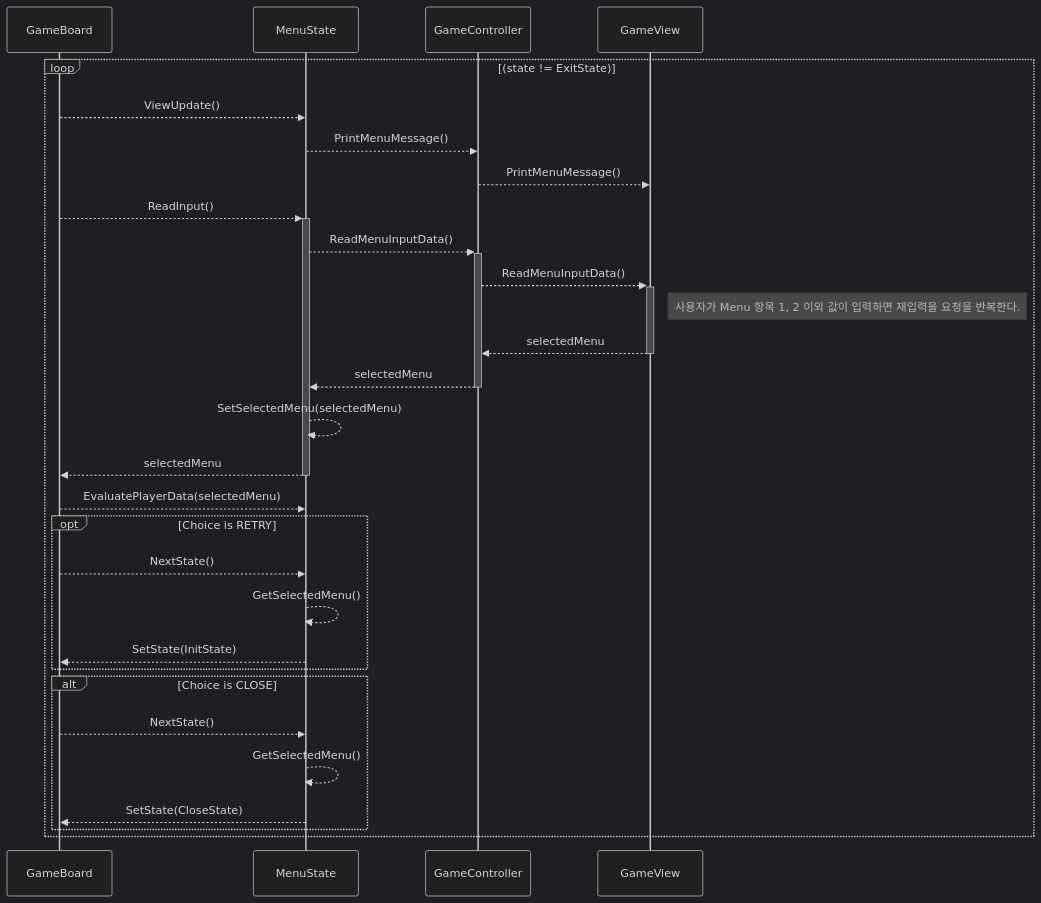
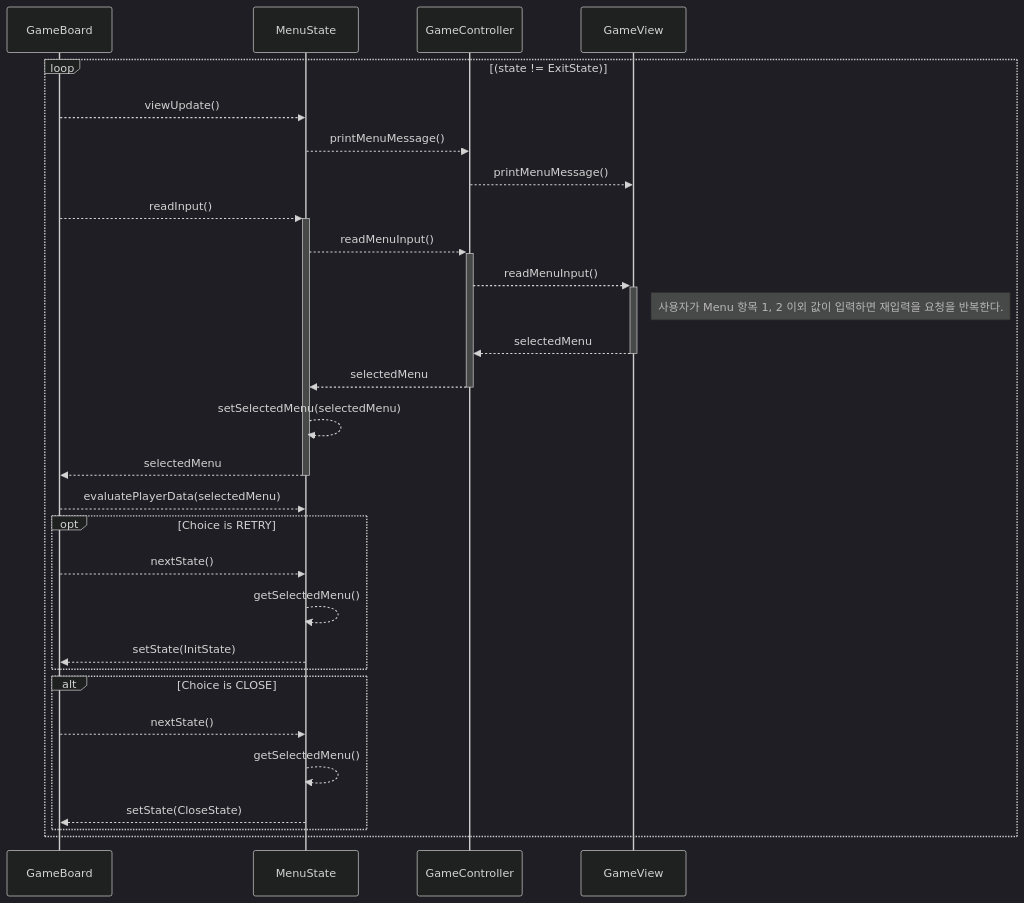
The sixth of 7 diagrams in docs/sequence_diagram.md (digiry/java-baseball-precourse), drawn with Mermaid (dark theme) before and after one commit. The commit also changed other lines of this file and 1 other file, not shown here.

````diff
--- a/docs/sequence_diagram.md
+++ b/docs/sequence_diagram.md
@@ -194,36 +194,36 @@
 ```mermaid
 sequenceDiagram
     participant GameBoard
     participant MenuState
     participant GameController
     participant GameView
 
     loop (state != ExitState)
-        GameBoard -->> MenuState: ViewUpdate()
-        MenuState -->> GameController: PrintMenuMessage()
-        GameController -->> GameView: PrintMenuMessage()
+        GameBoard -->> MenuState: viewUpdate()
+        MenuState -->> GameController: printMenuMessage()
+        GameController -->> GameView: printMenuMessage()
 
-        GameBoard -->>+ MenuState: ReadInput()
-        MenuState -->>+ GameController: ReadMenuInputData()
-        GameController -->>+ GameView: ReadMenuInputData()
+        GameBoard -->>+ MenuState: readInput()
+        MenuState -->>+ GameController: readMenuInput()
+        GameController -->>+ GameView: readMenuInput()
         Note right of GameView: 사용자가 Menu 항목 1, 2 이외 값이 입력하면 재입력을 요청을 반복한다.
         GameView -->>- GameController: selectedMenu
         GameController -->>- MenuState: selectedMenu
-        MenuState -->> MenuState: SetSelectedMenu(selectedMenu)
+        MenuState -->> MenuState: setSelectedMenu(selectedMenu)
         MenuState -->>- GameBoard: selectedMenu
 
-        GameBoard -->> MenuState: EvaluatePlayerData(selectedMenu)
+        GameBoard -->> MenuState: evaluatePlayerData(selectedMenu)
 
         opt Choice is RETRY
-            GameBoard -->> MenuState: NextState()
-            MenuState -->> MenuState: GetSelectedMenu()
-            MenuState -->> GameBoard: SetState(InitState)
+            GameBoard -->> MenuState: nextState()
+            MenuState -->> MenuState: getSelectedMenu()
+            MenuState -->> GameBoard: setState(InitState)
         end
 
         alt Choice is CLOSE
-            GameBoard -->> MenuState: NextState()
-            MenuState -->> MenuState: GetSelectedMenu()
-            MenuState -->> GameBoard: SetState(CloseState)
+            GameBoard -->> MenuState: nextState()
+            MenuState -->> MenuState: getSelectedMenu()
+            MenuState -->> GameBoard: setState(CloseState)
         end
     end
 ```
````
